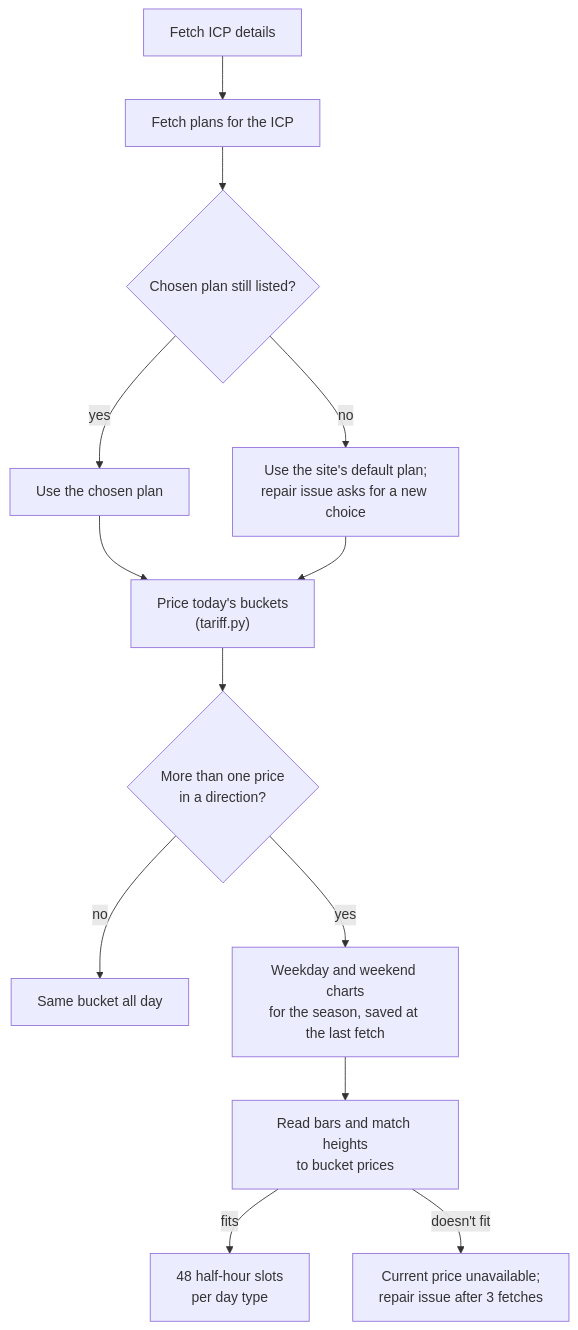
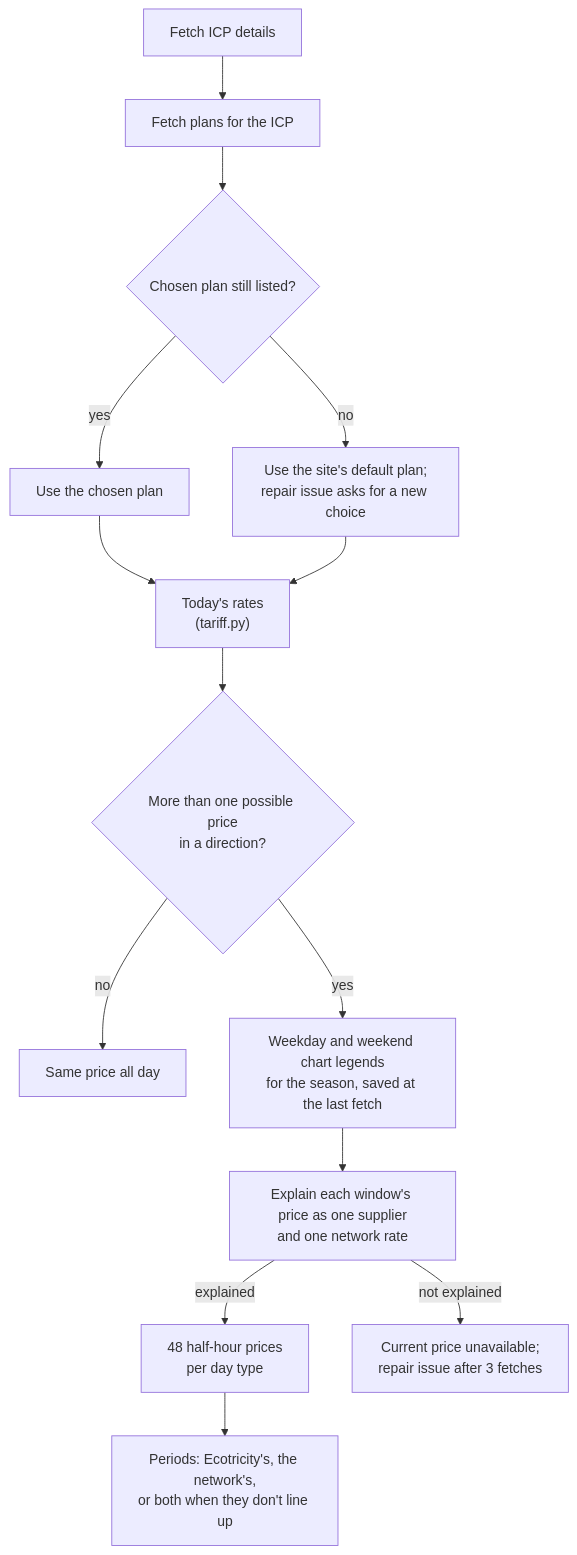
One commit to rhyskoedijk/ha-ecotricity-nz changed the second of 4 diagrams in docs/architecture.md. Above: the diagram before and after it, drawn with Mermaid. The commit also changed other lines of this file and 24 other files, not shown here.

First line of the commit message:
fix: read time-of-use prices from the chart legend

````diff
--- a/docs/architecture.md
+++ b/docs/architecture.md
@@ -84,14 +84,15 @@
 ```mermaid
 flowchart TD
     A["Fetch ICP details"] --> B["Fetch plans for the ICP"]
     B --> F{"Chosen plan still listed?"}
     F -- yes --> Q["Use the chosen plan"]
     F -- no --> S["Use the site's default plan;<br/>repair issue asks for a new choice"]
-    Q & S --> G["Price today's buckets<br/>(tariff.py)"]
-    G --> H{"More than one price<br/>in a direction?"}
-    H -- no --> I["Same bucket all day"]
-    H -- yes --> J["Weekday and weekend charts<br/>for the season, saved at the last fetch"]
-    J --> K["Read bars and match heights<br/>to bucket prices"]
-    K -- fits --> L["48 half-hour slots<br/>per day type"]
-    K -- "doesn't fit" --> M["Current price unavailable;<br/>repair issue after 3 fetches"]
+    Q & S --> G["Today's rates<br/>(tariff.py)"]
+    G --> H{"More than one possible price<br/>in a direction?"}
+    H -- no --> I["Same price all day"]
+    H -- yes --> J["Weekday and weekend chart legends<br/>for the season, saved at the last fetch"]
+    J --> K["Explain each window's price as one supplier<br/>and one network rate"]
+    K -- explained --> L["48 half-hour prices<br/>per day type"]
+    K -- "not explained" --> M["Current price unavailable;<br/>repair issue after 3 fetches"]
+    L --> N["Periods: Ecotricity's, the network's,<br/>or both when they don't line up"]
 ```
````
